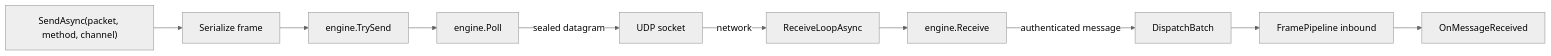
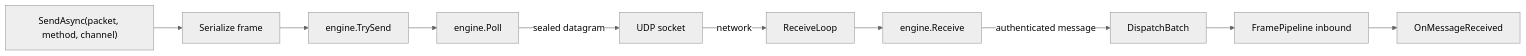
The second of 2 diagrams in src/content/docs/en-us/api/sdk/datagram-session.md (ppn-systems/nalix-docs), drawn with Mermaid (neutral theme) before and after one commit. The commit also changed other lines of this file and 30 other files, not shown here.

````diff
--- a/src/content/docs/en-us/api/sdk/datagram-session.md
+++ b/src/content/docs/en-us/api/sdk/datagram-session.md
@@ -56,12 +56,12 @@
 ```mermaid
 flowchart LR
     A["SendAsync(packet, method, channel)"] --> B[Serialize frame]
     B --> C["engine.TrySend"]
     C --> D["engine.Poll"]
     D -->|sealed datagram| E[UDP socket]
-    E -->|network| F["ReceiveLoopAsync"]
+    E -->|network| F["ReceiveLoop"]
     F --> G["engine.Receive"]
     G -->|authenticated message| H["DispatchBatch"]
     H --> I["FramePipeline inbound"]
     I --> J[OnMessageReceived]
 ```
````
